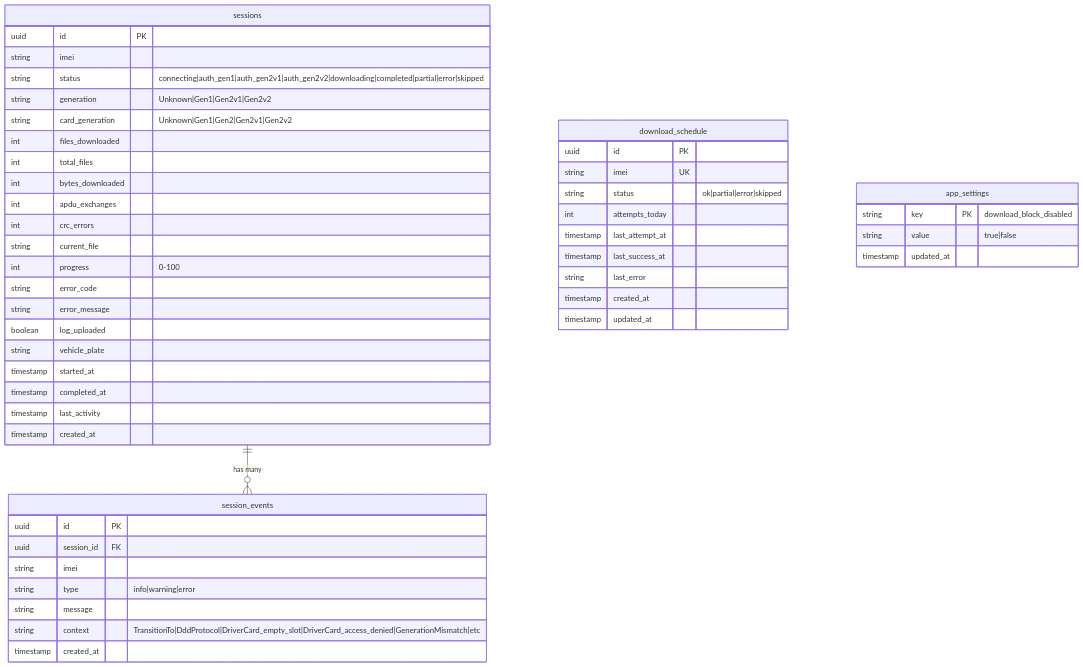
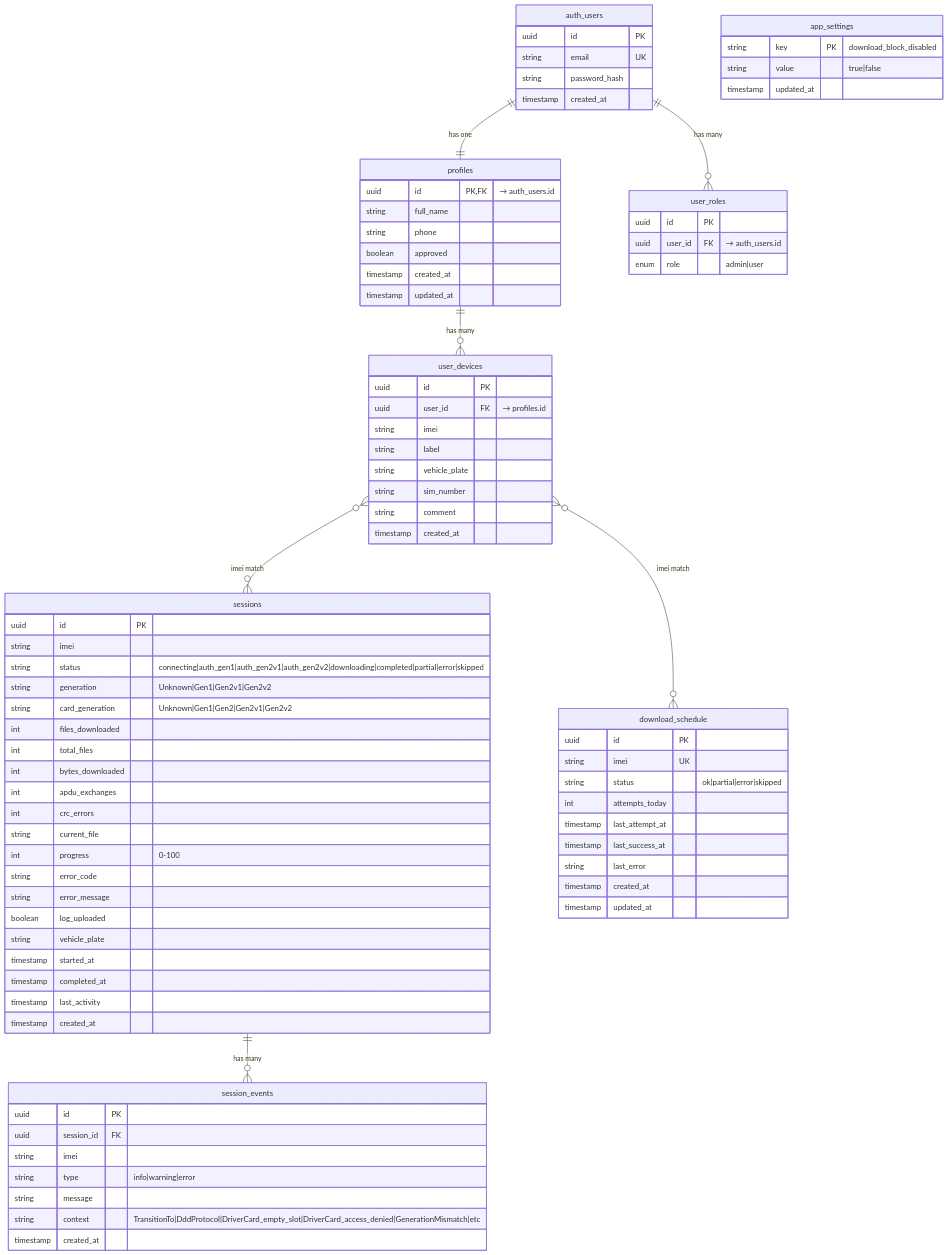
The eighth of 10 diagrams in docs/ARCHITECTURE.md (Triktrak-ai/teltest-87fc9cef), drawn with Mermaid before and after one commit. The commit also changed other lines of this file, not shown here.

````diff
--- a/docs/ARCHITECTURE.md
+++ b/docs/ARCHITECTURE.md
@@ -657,5 +706,38 @@
 ```mermaid
 erDiagram
+    auth_users {
+        uuid id PK
+        string email UK
+        string password_hash
+        timestamp created_at
+    }
+
+    profiles {
+        uuid id PK,FK "→ auth_users.id"
+        string full_name
+        string phone
+        boolean approved
+        timestamp created_at
+        timestamp updated_at
+    }
+
+    user_roles {
+        uuid id PK
+        uuid user_id FK "→ auth_users.id"
+        enum role "admin|user"
+    }
+
+    user_devices {
+        uuid id PK
+        uuid user_id FK "→ profiles.id"
+        string imei
+        string label
+        string vehicle_plate
+        string sim_number
+        string comment
+        timestamp created_at
+    }
+
     sessions {
         uuid id PK
         string imei
@@ -707,5 +789,10 @@
         timestamp updated_at
     }
 
+    auth_users ||--|| profiles : "has one"
+    auth_users ||--o{ user_roles : "has many"
+    profiles ||--o{ user_devices : "has many"
     sessions ||--o{ session_events : "has many"
+    user_devices }o--o{ sessions : "imei match"
+    user_devices }o--o{ download_schedule : "imei match"
 ```
````
